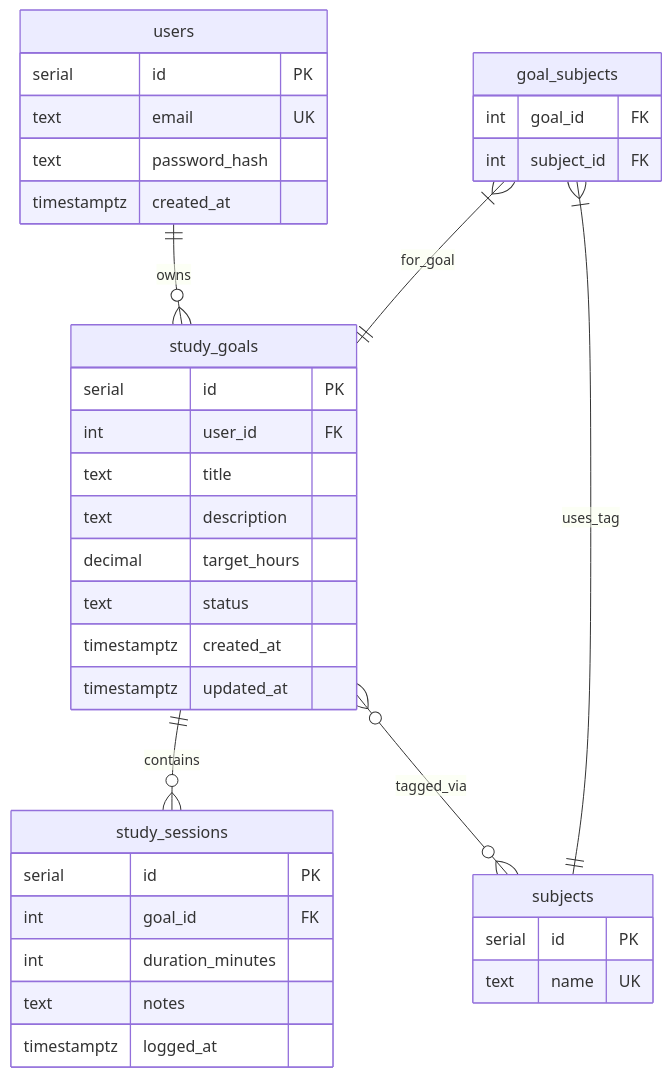
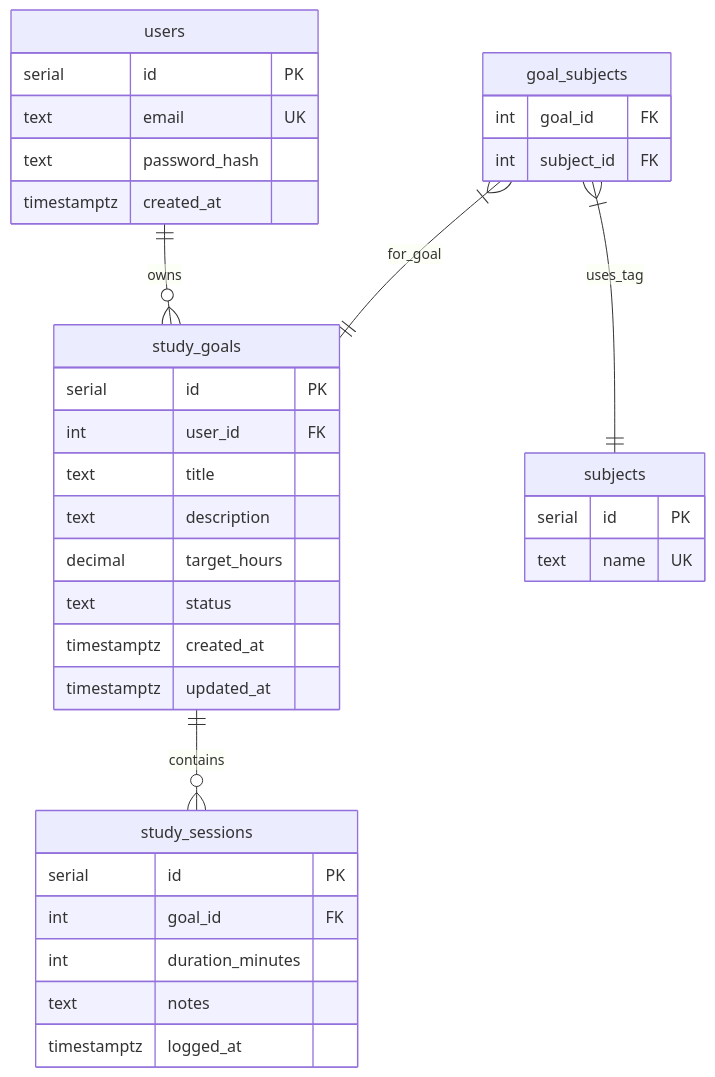
Before and after one commit to Builder106/web103_finalproject: the diagram in planning/entity_relationship_diagram.md, drawn with Mermaid. The commit also changed other lines of this file and 6 other files, not shown here.

````diff
--- a/planning/entity_relationship_diagram.md
+++ b/planning/entity_relationship_diagram.md
@@ -19,44 +17,43 @@
 ```mermaid
 erDiagram
     users ||--o{ study_goals : owns
     study_goals ||--o{ study_sessions : contains
-    study_goals }o--o{ subjects : tagged_via
     goal_subjects }|--|| study_goals : for_goal
     goal_subjects }|--|| subjects : uses_tag
 
     users {
         serial id PK
         text email UK
         text password_hash
         timestamptz created_at
     }
 
     study_goals {
         serial id PK
         int user_id FK
         text title
         text description
         decimal target_hours
         text status
         timestamptz created_at
         timestamptz updated_at
     }
 
     subjects {
         serial id PK
         text name UK
     }
 
     goal_subjects {
         int goal_id FK
         int subject_id FK
     }
 
     study_sessions {
         serial id PK
         int goal_id FK
         int duration_minutes
         text notes
         timestamptz logged_at
     }
 ```
````
